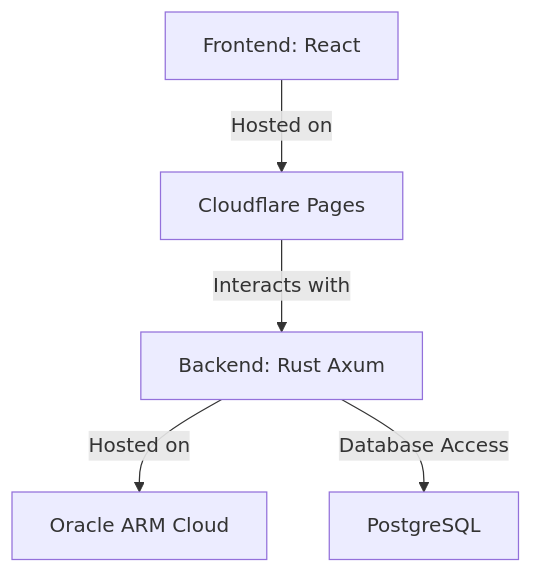
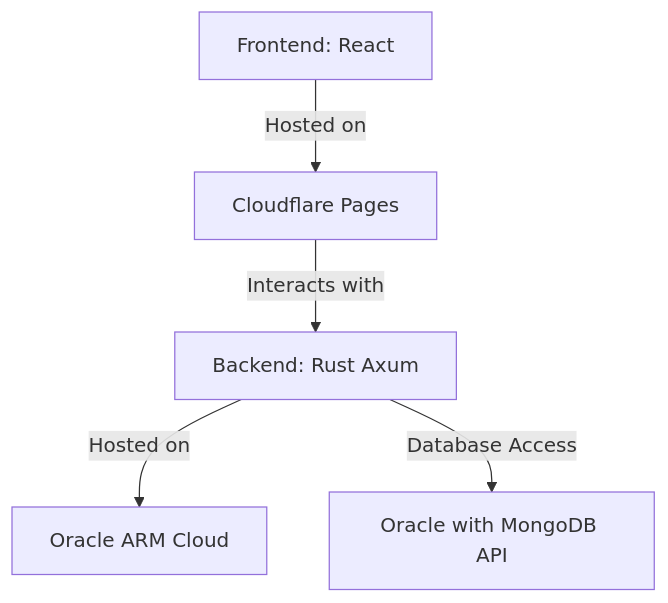
Before and after one commit to investutil/investutil-principal: the diagram in README.md, drawn with Mermaid. The commit also changed other lines of this file, not shown here.

````diff
--- a/README.md
+++ b/README.md
@@ -58,7 +57,7 @@
 ```mermaid
 graph TD;
     A[Frontend: React] -->|Hosted on| B[Cloudflare Pages]
     B -->|Interacts with| C[Backend: Rust Axum]
     C -->|Hosted on| D[Oracle ARM Cloud]
-    C -->|Database Access| E[PostgreSQL]
+    C -->|Database Access| E[Oracle with MongoDB API]
 ```
````
